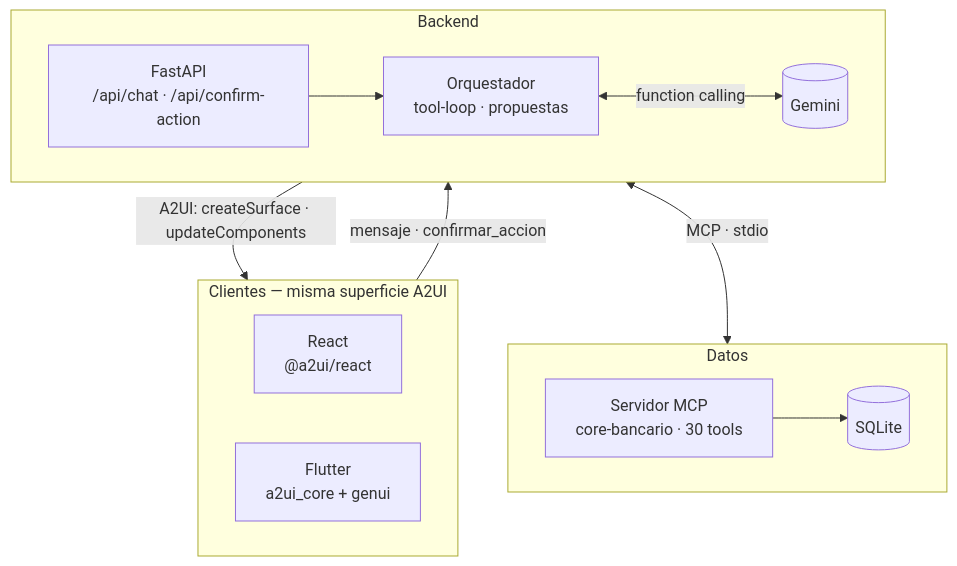
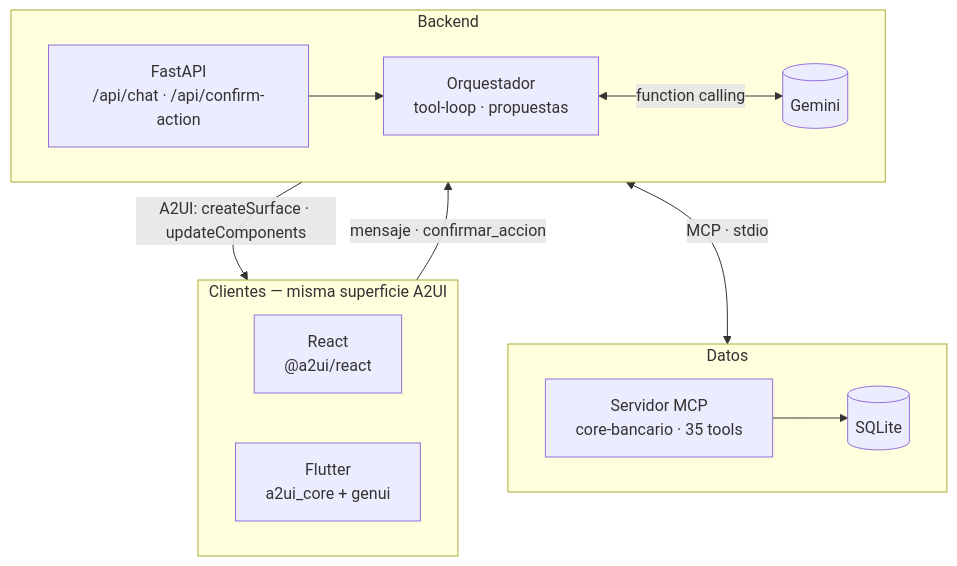
The first of 2 diagrams in README.md (AdvantageLucky/Banorte-Me-Alcanza), drawn with Mermaid before and after one commit. The commit also changed other lines of this file and 39 other files, not shown here.

````diff
--- a/README.md
+++ b/README.md
@@ -43,21 +43,21 @@
 ```mermaid
 flowchart TB
     subgraph Clientes["Clientes — misma superficie A2UI"]
         direction LR
         R["React<br/>@a2ui/react"]
         F["Flutter<br/>a2ui_core + genui"]
     end
     subgraph Backend
         direction LR
         API["FastAPI<br/>/api/chat · /api/confirm-action"] --> ORQ["Orquestador<br/>tool-loop · propuestas"]
         ORQ <-->|"function calling"| LLM[("Gemini")]
     end
     subgraph Datos
         direction LR
-        MCP["Servidor MCP<br/>core-bancario · 30 tools"] --> DB[("SQLite")]
+        MCP["Servidor MCP<br/>core-bancario · 35 tools"] --> DB[("SQLite")]
     end
 
     Clientes -->|"mensaje · confirmar_accion"| API
     API -->|"A2UI: createSurface · updateComponents"| Clientes
     ORQ <-->|"MCP · stdio"| MCP
 ```
````
